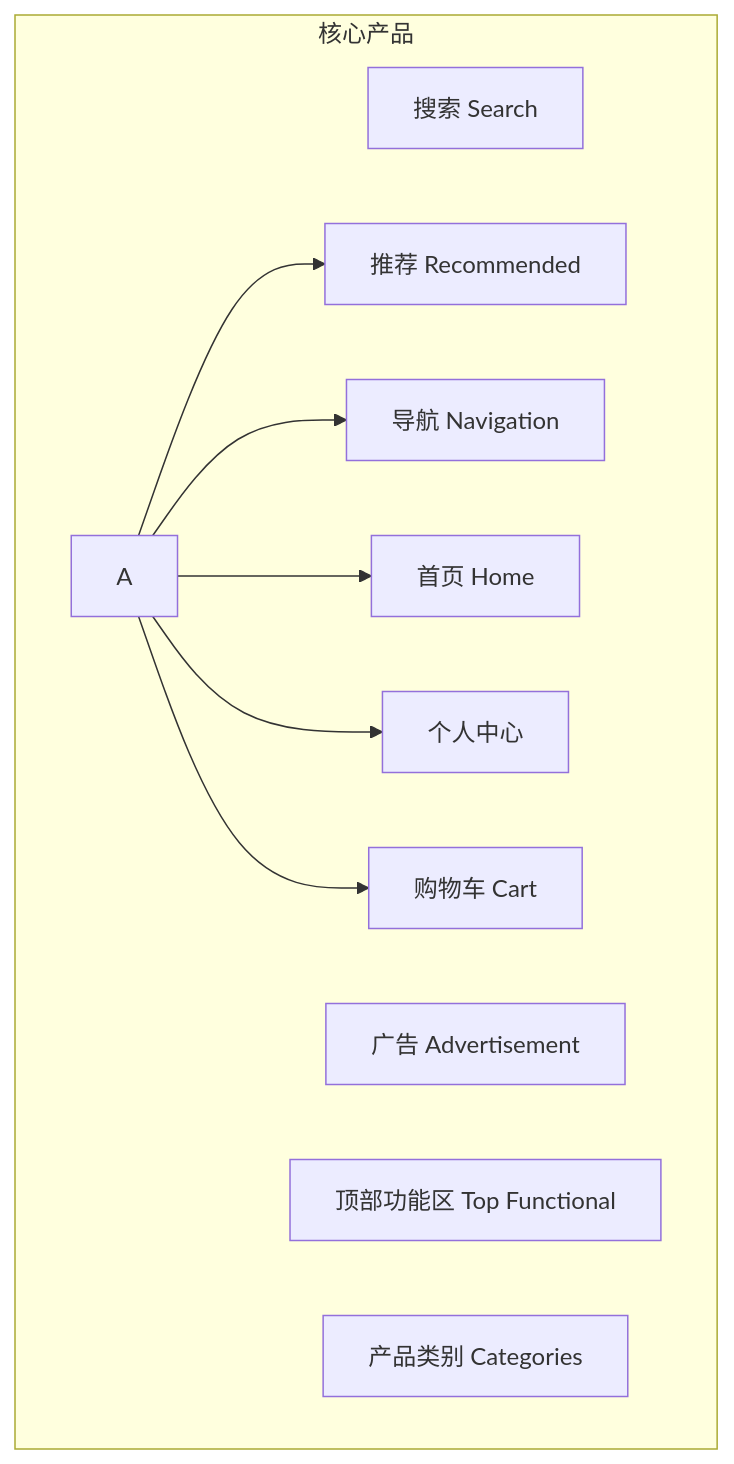
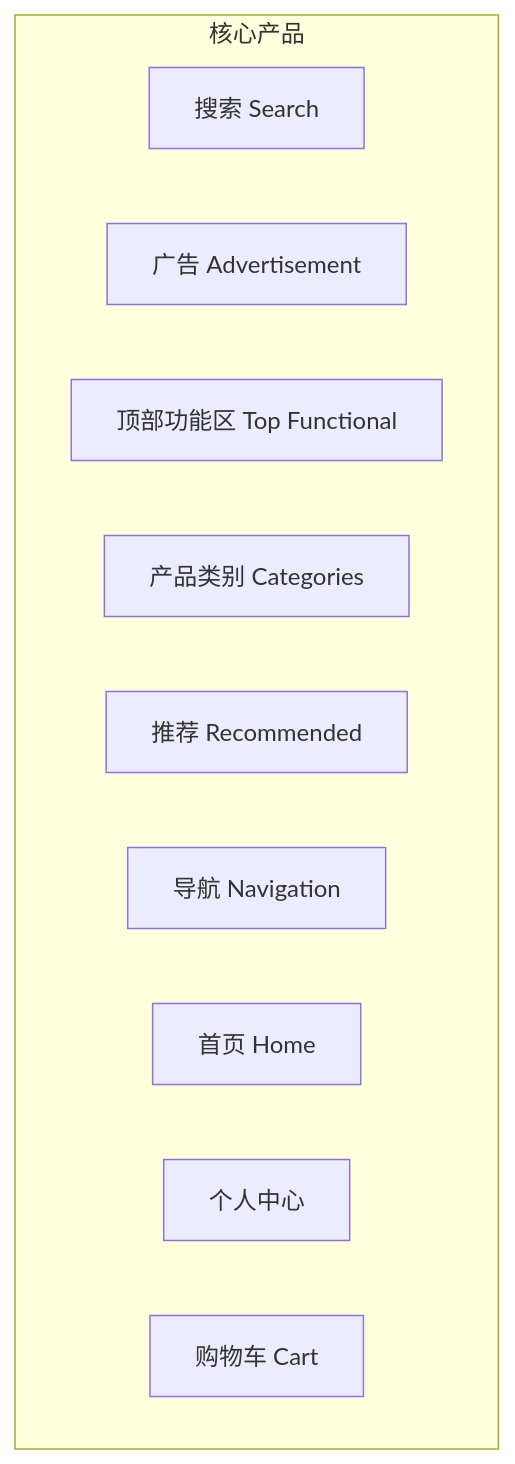
Before and after one commit to Zora0203/iodraw-files: the diagram in all/TEMU链路图.md, drawn with Mermaid.

Commit message:
2025-03-02 19:02:24 update

````diff
--- a/all/TEMU链路图.md
+++ b/all/TEMU链路图.md
@@ -1,18 +1,18 @@
 ```mermaid
 flowchart TB
 
 
     subgraph 核心产品
     B[搜索 Search]
     C[广告 Advertisement]
     D[顶部功能区 Top Functional]
     H[产品类别 Categories]
-    A --> I[推荐 Recommended]
-    A --> J[导航 Navigation]
-    A --> K[首页 Home]
-    A --> M[个人中心]
-    A --> N[购物车 Cart]
+    I[推荐 Recommended]
+    J[导航 Navigation]
+    K[首页 Home]
+   M[个人中心]
+     N[购物车 Cart]
     end
     
    
 ```
````
